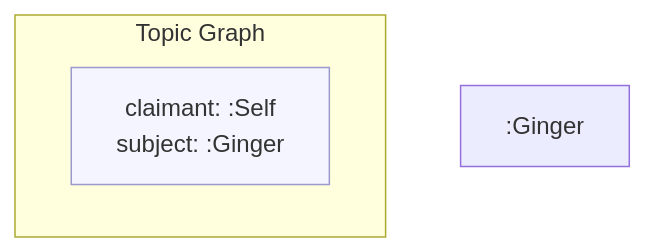
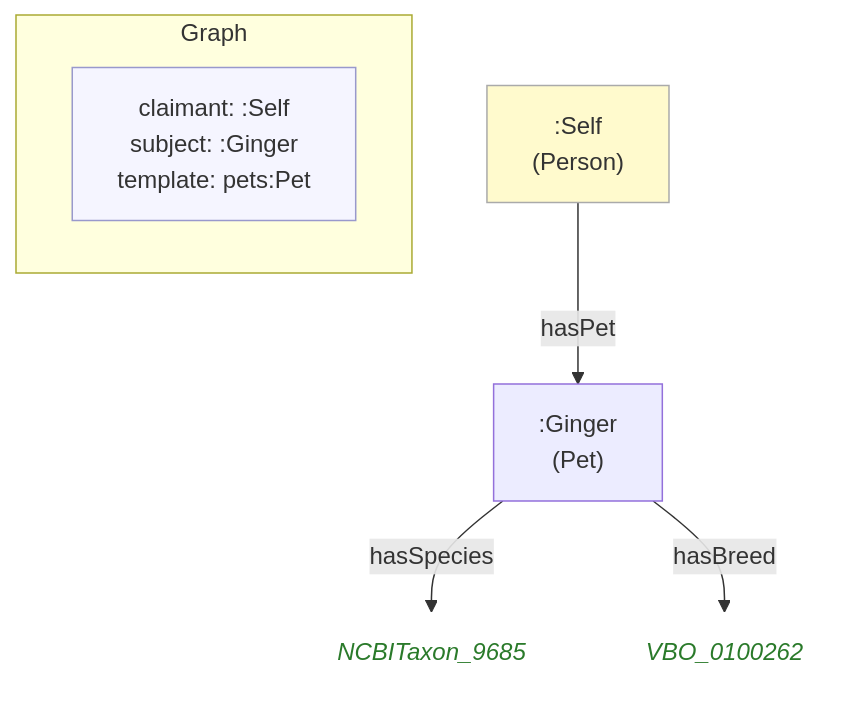
One commit to MeeFoundation/mia-ontologies changed the diagram in example/graphs/images/graph-37.mmd. Above: the diagram before and after it, drawn with Mermaid. The commit also changed 22 other files, not shown here.

First line of the commit message:
Add other/pets.ttl peer ontology; species/breed template for cat:Pets

```diff
--- a/example/graphs/images/graph-37.mmd
+++ b/example/graphs/images/graph-37.mmd
@@ -1,12 +1,19 @@
 flowchart TD
     classDef person fill:#fffacd,stroke:#aaa,color:#333
     classDef org    fill:#cce5ff,stroke:#aaa,color:#333
     classDef lit    fill:none,stroke:none,font-style:italic,color:#2a7a2a
     classDef meta   fill:#f5f5ff,stroke:#9999cc,color:#333
 
-    subgraph ctx["Topic Graph"]
+    subgraph ctx["Graph"]
         direction LR
-        ctx_meta["claimant: :Self\nsubject: :Ginger"]:::meta
+        ctx_meta["claimant: :Self\nsubject: :Ginger\ntemplate: pets:Pet"]:::meta
     end
 
-    nd44f902e3f9e[":Ginger"]
+    nd44f902e3f9e[":Ginger\n(Pet)"]
+    n956f63fdbc96("NCBITaxon_9685"):::lit
+    n9e505e1dc69a("VBO_0100262"):::lit
+    ne0c3ba92f1db[":Self\n(Person)"]:::person
+
+    nd44f902e3f9e -->|"hasSpecies"| n956f63fdbc96
+    nd44f902e3f9e -->|"hasBreed"| n9e505e1dc69a
+    ne0c3ba92f1db -->|"hasPet"| nd44f902e3f9e
```
